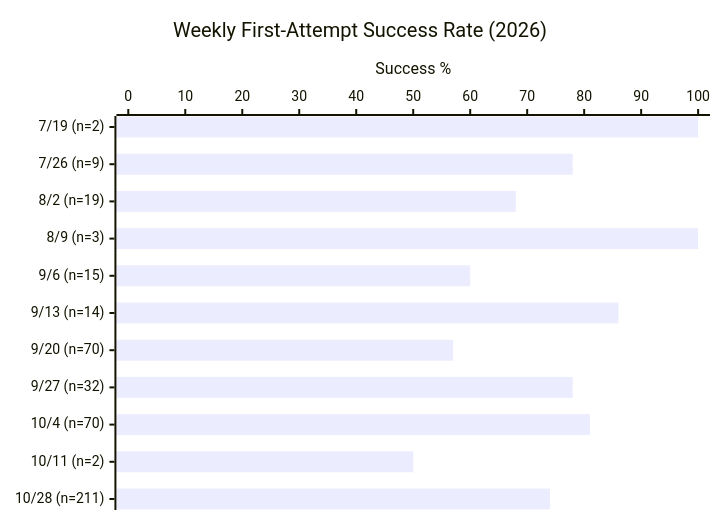
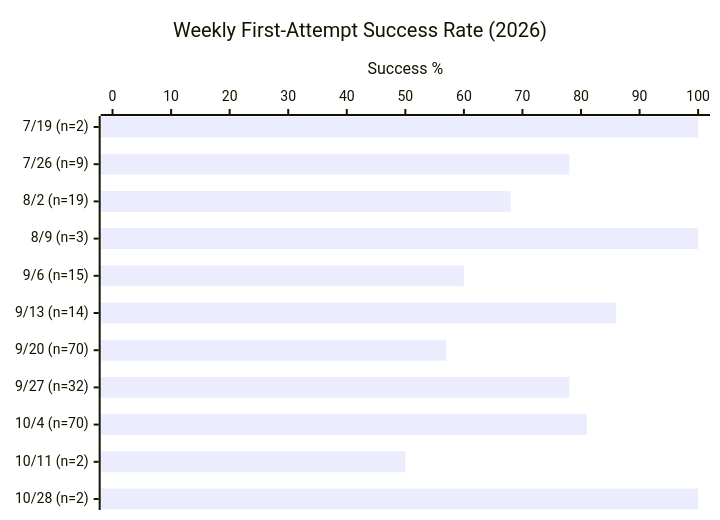
Before and after one commit to Sanctum-Origo-Systems/autoloop: the first of 3 diagrams in EVAL.md, drawn with Mermaid. The commit also changed other lines of this file and 1 other file, not shown here.

````diff
--- a/EVAL.md
+++ b/EVAL.md
@@ -86,7 +86,7 @@
 ```mermaid
 xychart-beta horizontal
     title "Weekly First-Attempt Success Rate (2026)"
-    x-axis ["7/19 (n=2)", "7/26 (n=9)", "8/2 (n=19)", "8/9 (n=3)", "9/6 (n=15)", "9/13 (n=14)", "9/20 (n=70)", "9/27 (n=32)", "10/4 (n=70)", "10/11 (n=2)", "10/28 (n=211)"]
+    x-axis ["7/19 (n=2)", "7/26 (n=9)", "8/2 (n=19)", "8/9 (n=3)", "9/6 (n=15)", "9/13 (n=14)", "9/20 (n=70)", "9/27 (n=32)", "10/4 (n=70)", "10/11 (n=2)", "10/28 (n=2)"]
     y-axis "Success %" 0 --> 100
-    bar [100, 78, 68, 100, 60, 86, 57, 78, 81, 50, 74]
+    bar [100, 78, 68, 100, 60, 86, 57, 78, 81, 50, 100]
 ```
````
